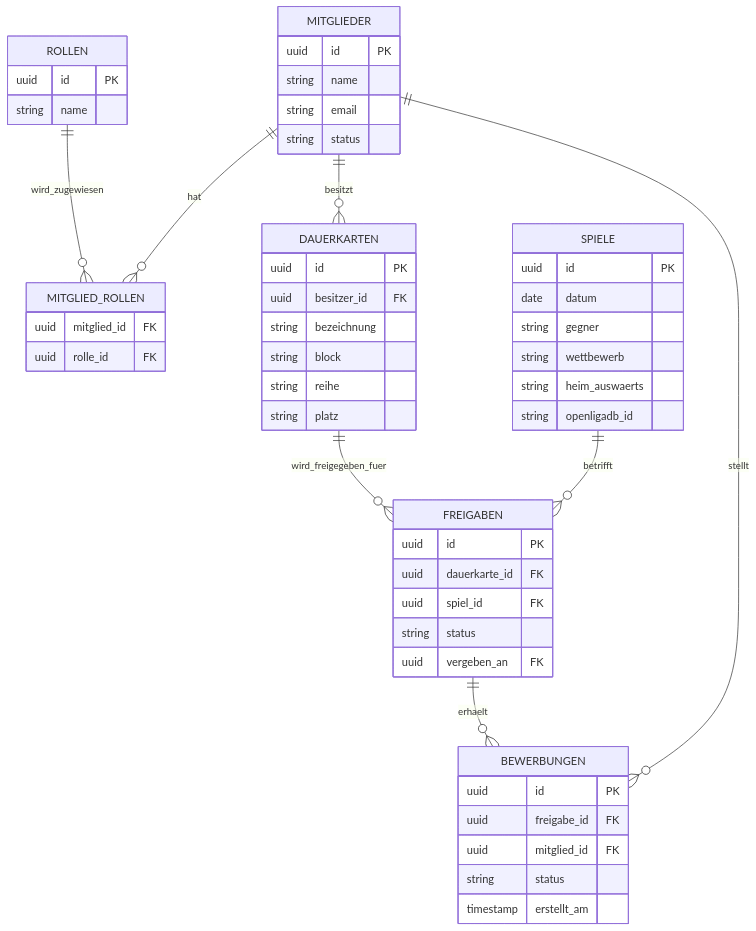
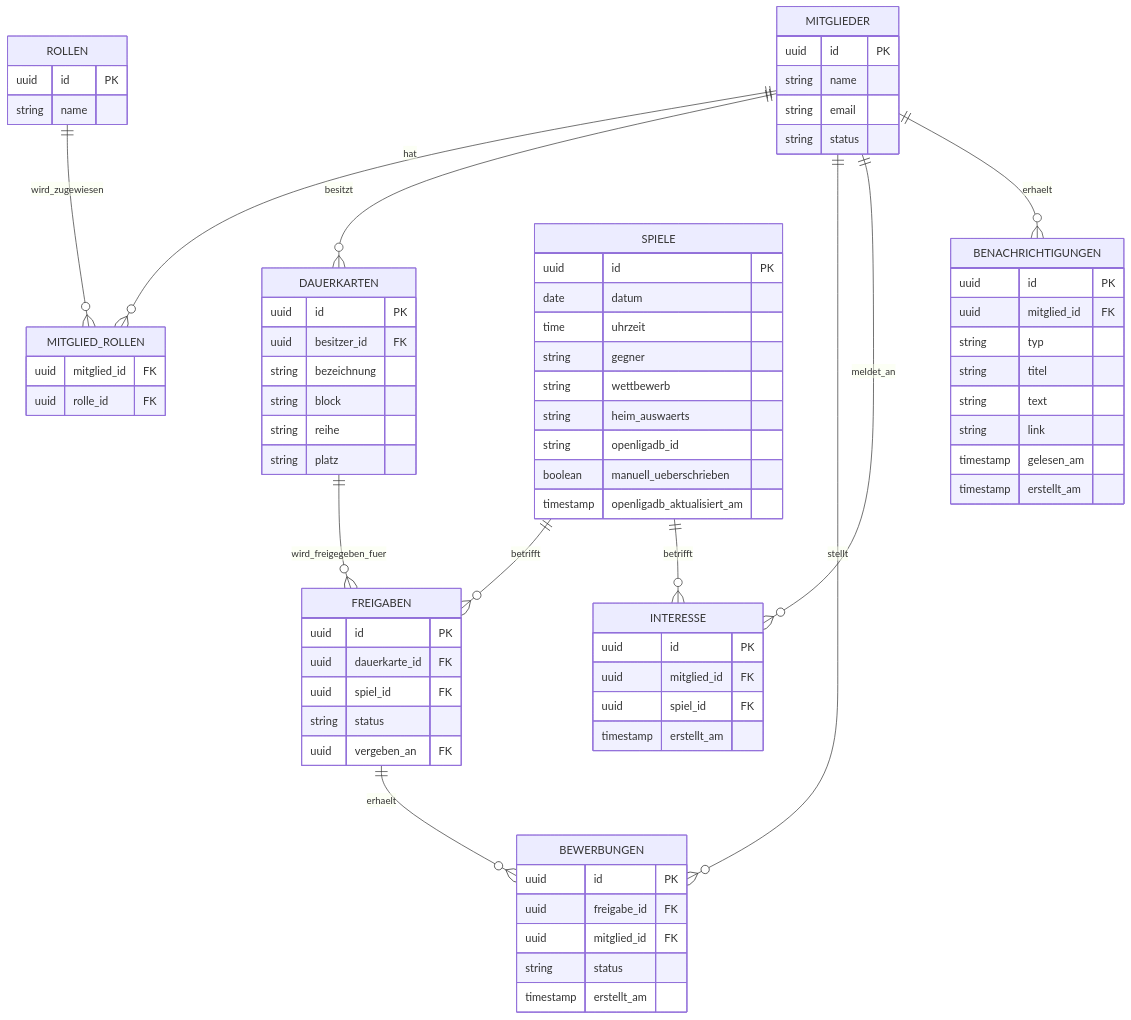
One commit to zeitmann/seefuechse changed the diagram in README.md. Above: the diagram before and after it, drawn with Mermaid. The commit also changed other lines of this file and 1 other file, not shown here.

````diff
--- a/README.md
+++ b/README.md
@@ -49,55 +51,77 @@
 ```mermaid
 erDiagram
   MITGLIEDER ||--o{ MITGLIED_ROLLEN : hat
   ROLLEN ||--o{ MITGLIED_ROLLEN : wird_zugewiesen
   MITGLIEDER ||--o{ DAUERKARTEN : besitzt
   DAUERKARTEN ||--o{ FREIGABEN : wird_freigegeben_fuer
   SPIELE ||--o{ FREIGABEN : betrifft
   FREIGABEN ||--o{ BEWERBUNGEN : erhaelt
   MITGLIEDER ||--o{ BEWERBUNGEN : stellt
+  MITGLIEDER ||--o{ INTERESSE : meldet_an
+  SPIELE ||--o{ INTERESSE : betrifft
+  MITGLIEDER ||--o{ BENACHRICHTIGUNGEN : erhaelt
 
   MITGLIEDER {
     uuid id PK
     string name
     string email
     string status
   }
   ROLLEN {
     uuid id PK
     string name
   }
   MITGLIED_ROLLEN {
     uuid mitglied_id FK
     uuid rolle_id FK
   }
   DAUERKARTEN {
     uuid id PK
     uuid besitzer_id FK
     string bezeichnung
     string block
     string reihe
     string platz
   }
   SPIELE {
     uuid id PK
     date datum
+    time uhrzeit
     string gegner
     string wettbewerb
     string heim_auswaerts
     string openligadb_id
+    boolean manuell_ueberschrieben
+    timestamp openligadb_aktualisiert_am
   }
   FREIGABEN {
     uuid id PK
     uuid dauerkarte_id FK
     uuid spiel_id FK
     string status
     uuid vergeben_an FK
   }
   BEWERBUNGEN {
     uuid id PK
     uuid freigabe_id FK
     uuid mitglied_id FK
     string status
     timestamp erstellt_am
   }
+  INTERESSE {
+    uuid id PK
+    uuid mitglied_id FK
+    uuid spiel_id FK
+    timestamp erstellt_am
+  }
+  BENACHRICHTIGUNGEN {
+    uuid id PK
+    uuid mitglied_id FK
+    string typ
+    string titel
+    string text
+    string link
+    timestamp gelesen_am
+    timestamp erstellt_am
+  }
 ```
````
